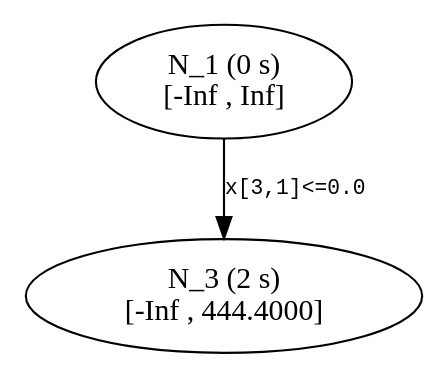
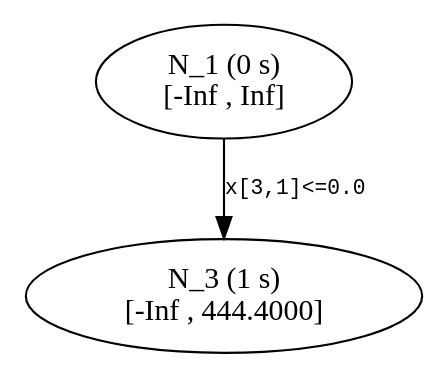
The diagram in previews/PR805/start/tree2.dot (atoptima/Coluna.jl), drawn with Graphviz before and after one commit. The commit also changed 16 other files, not shown here.

```diff
--- a/previews/PR805/start/tree2.dot
+++ b/previews/PR805/start/tree2.dot
@@ -1,7 +1,8 @@
 ## dot -Tpdf thisfile > thisfile.pdf 
 
 digraph Branching_Tree {
 	edge[fontname = "Courier", fontsize = 10];
 	n1 [label= "N_1 (0 s) \n[-Inf , Inf]"];
-	n3 [label= "N_3 (2 s) \n[-Inf , 444.4000]"];
-	n1 -> n3 [label= "x[3,1]<=0.0"];}
+	n3 [label= "N_3 (1 s) \n[-Inf , 444.4000]"];
+	n1 -> n3 [label= "x[3,1]<=0.0"];
+}
```
